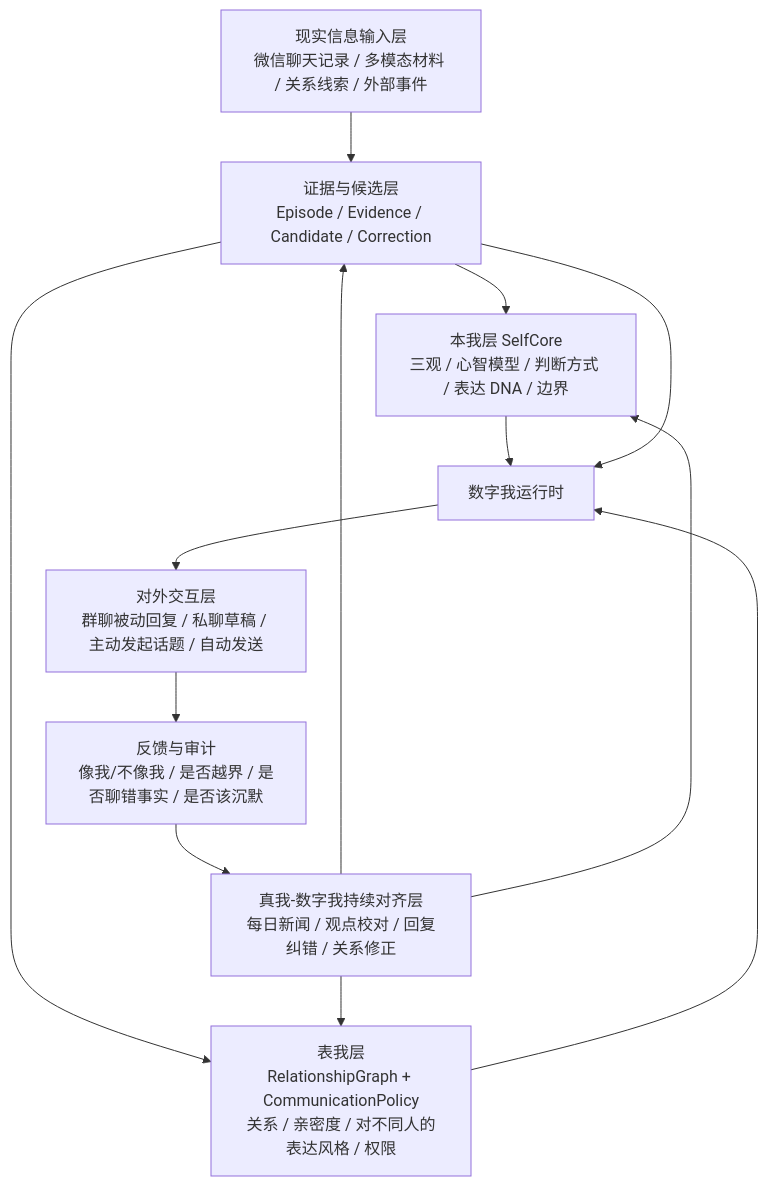
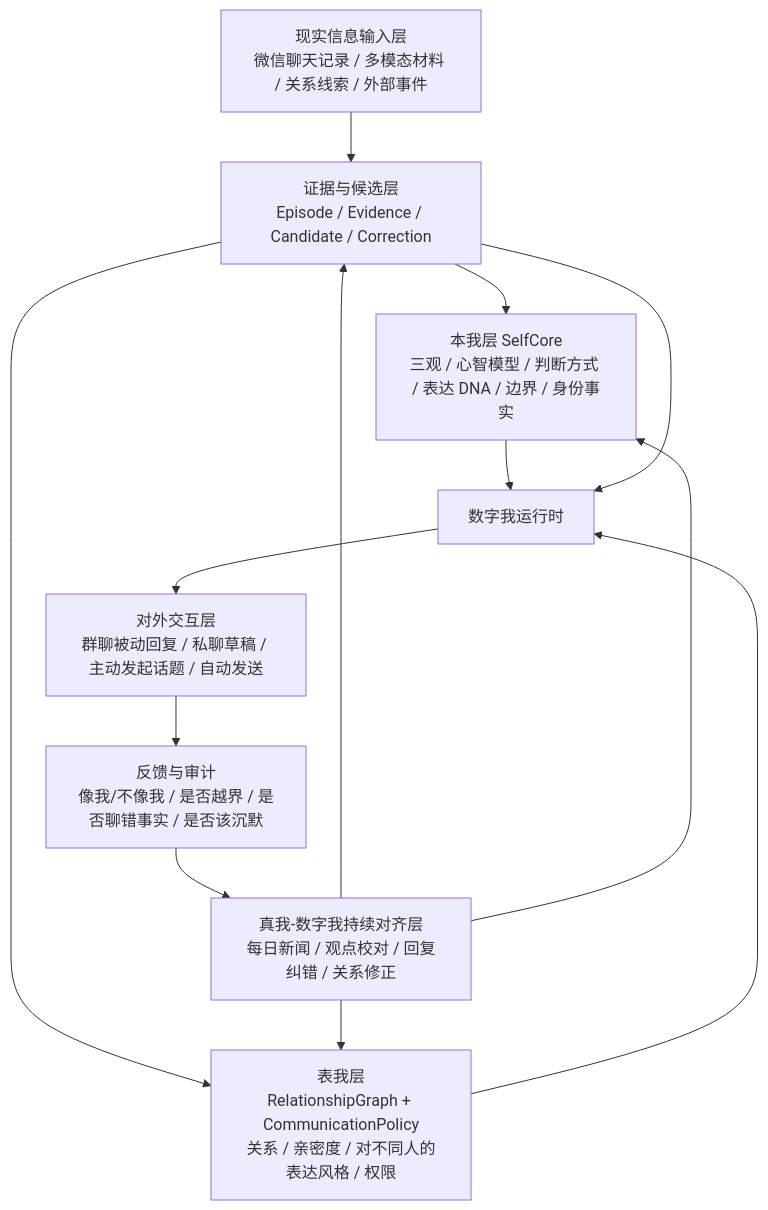
One commit to moneymoerandmore/myselfforever changed the diagram in docs/ARCHITECTURE.md. Above: the diagram before and after it, drawn with Mermaid. The commit also changed other lines of this file and 21 other files, not shown here.

Commit message:
Refine avatar dashboard around relationship graph output

````diff
--- a/docs/ARCHITECTURE.md
+++ b/docs/ARCHITECTURE.md
@@ -29,15 +29,15 @@
 ```mermaid
 flowchart TD
   A["现实信息输入层<br/>微信聊天记录 / 多模态材料 / 关系线索 / 外部事件"] --> E["证据与候选层<br/>Episode / Evidence / Candidate / Correction"]
-  E --> B["本我层 SelfCore<br/>三观 / 心智模型 / 判断方式 / 表达 DNA / 边界"]
+  E --> B["本我层 SelfCore<br/>三观 / 心智模型 / 判断方式 / 表达 DNA / 边界 / 身份事实"]
   E --> C["表我层<br/>RelationshipGraph + CommunicationPolicy<br/>关系 / 亲密度 / 对不同人的表达风格 / 权限"]
   D["真我-数字我持续对齐层<br/>每日新闻 / 观点校对 / 回复纠错 / 关系修正"] --> E
   B --> R["数字我运行时"]
   C --> R
   E --> R
   R --> F["对外交互层<br/>群聊被动回复 / 私聊草稿 / 主动发起话题 / 自动发送"]
   F --> G["反馈与审计<br/>像我/不像我 / 是否越界 / 是否聊错事实 / 是否该沉默"]
   G --> D
   D --> B
   D --> C
 ```
````
